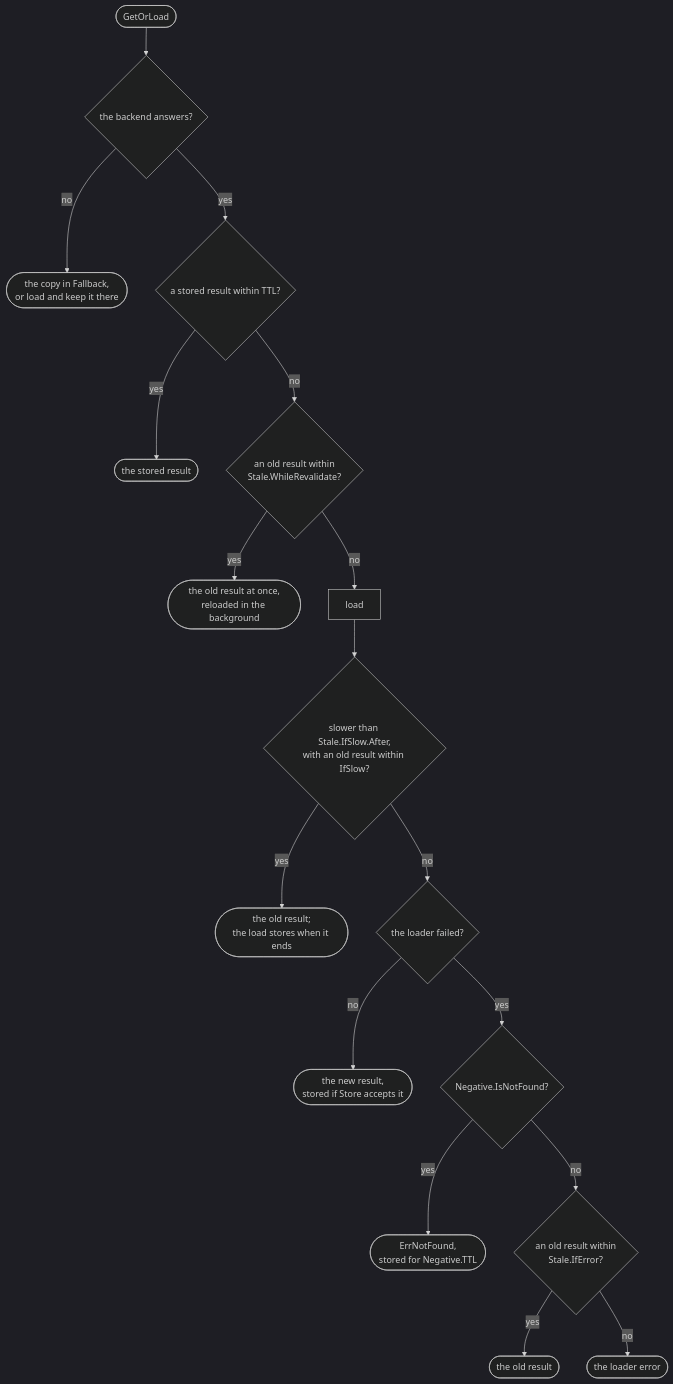
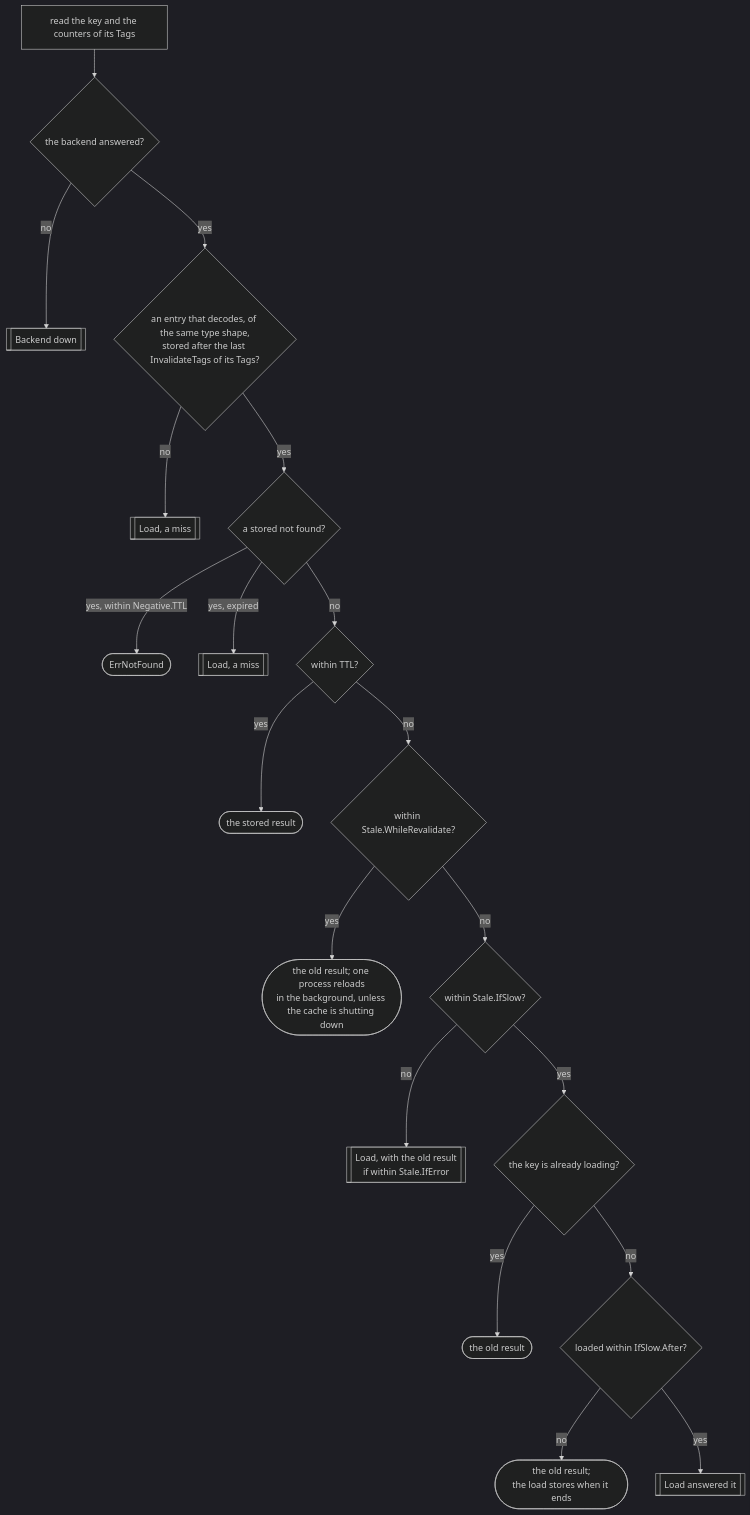
Before and after one commit to eugeneliukindev/gashe: the third of 6 diagrams in docs/en/internals/flow.md, drawn with Mermaid (dark theme). The commit also changed other lines of this file, not shown here.

Commit message:
docs: GetOrLoad in five charts, every branch, Share, Read, Load, Store and Backend down

````diff
--- a/docs/en/internals/flow.md
+++ b/docs/en/internals/flow.md
@@ -7,19 +28,21 @@
 ```mermaid
 flowchart TD
-    call([GetOrLoad]) --> backend{"the backend answers?"}
-    backend -- no --> fallback(["the copy in Fallback,<br/>or load and keep it there"])
-    backend -- yes --> fresh{"a stored result within TTL?"}
+    read["read the key and the counters of its Tags"] --> backend{"the backend answered?"}
+    backend -- no --> down[["Backend down"]]
+    backend -- yes --> entry{"an entry that decodes, of the same type shape,<br/>stored after the last InvalidateTags of its Tags?"}
+    entry -- no --> miss1[["Load, a miss"]]
+    entry -- yes --> negative{"a stored not found?"}
+    negative -- "yes, within Negative.TTL" --> notFound(["ErrNotFound"])
+    negative -- "yes, expired" --> miss2[["Load, a miss"]]
+    negative -- no --> fresh{"within TTL?"}
     fresh -- yes --> hit(["the stored result"])
-    fresh -- no --> revalidate{"an old result within<br/>Stale.WhileRevalidate?"}
-    revalidate -- yes --> background(["the old result at once,<br/>reloaded in the background"])
-    revalidate -- no --> load["load"]
-    load --> slow{"slower than Stale.IfSlow.After,<br/>with an old result within IfSlow?"}
-    slow -- yes --> slowAnswer(["the old result;<br/>the load stores when it ends"])
-    slow -- no --> failed{"the loader failed?"}
-    failed -- no --> stored(["the new result,<br/>stored if Store accepts it"])
-    failed -- yes --> notFound{"Negative.IsNotFound?"}
-    notFound -- yes --> missing(["ErrNotFound,<br/>stored for Negative.TTL"])
-    notFound -- no --> ifError{"an old result within<br/>Stale.IfError?"}
-    ifError -- yes --> errorAnswer(["the old result"])
-    ifError -- no --> loaderError(["the loader error"])
+    fresh -- no --> revalidate{"within Stale.WhileRevalidate?"}
+    revalidate -- yes --> background(["the old result; one process reloads<br/>in the background, unless the cache is shutting down"])
+    revalidate -- no --> ifSlow{"within Stale.IfSlow?"}
+    ifSlow -- no --> stale[["Load, with the old result<br/>if within Stale.IfError"]]
+    ifSlow -- yes --> busy{"the key is already loading?"}
+    busy -- yes --> oldNow(["the old result"])
+    busy -- no --> after{"loaded within IfSlow.After?"}
+    after -- no --> oldSlow(["the old result;<br/>the load stores when it ends"])
+    after -- yes --> loaded[["Load answered it"]]
 ```
````
